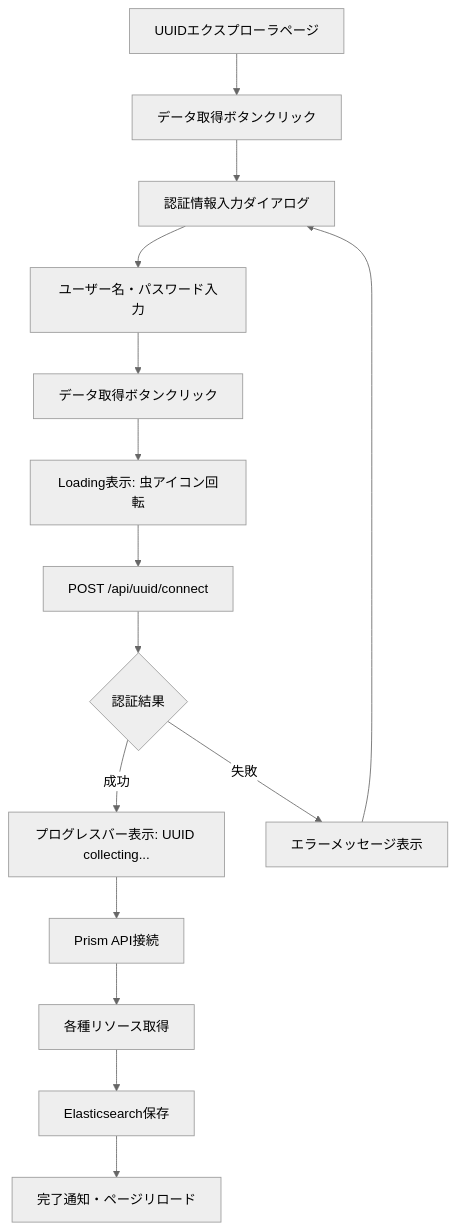
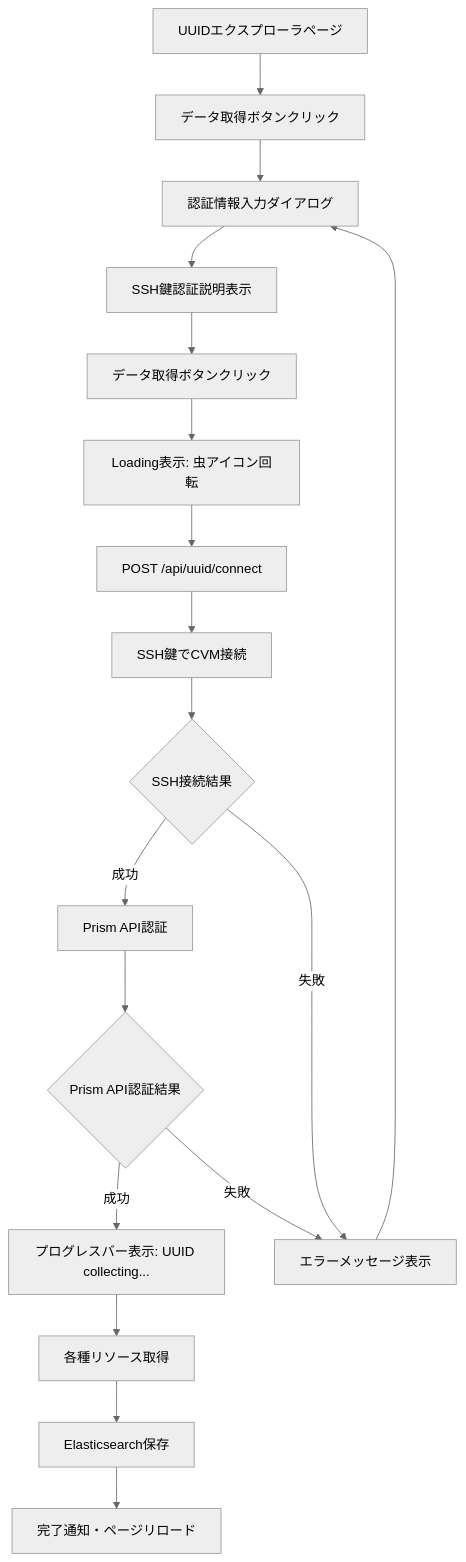
The first of 2 diagrams in ongoing/UUID_EXPLORER_SPECIFICATION.md (konchangakita/blog-loghoi), drawn with Mermaid (neutral theme) before and after one commit. The commit also changed other lines of this file and 9 other files, not shown here.

````diff
--- a/ongoing/UUID_EXPLORER_SPECIFICATION.md
+++ b/ongoing/UUID_EXPLORER_SPECIFICATION.md
@@ -82,17 +96,20 @@
 ```mermaid
 graph TD
     A[UUIDエクスプローラページ] --> B[データ取得ボタンクリック]
     B --> C[認証情報入力ダイアログ]
-    C --> D[ユーザー名・パスワード入力]
+    C --> D[SSH鍵認証説明表示]
     D --> E[データ取得ボタンクリック]
     E --> F[Loading表示: 虫アイコン回転]
     F --> G[POST /api/uuid/connect]
-    G --> H{認証結果}
-    H -->|成功| I[プログレスバー表示: UUID collecting...]
-    H -->|失敗| J[エラーメッセージ表示]
-    I --> K[Prism API接続]
-    K --> L[各種リソース取得]
-    L --> M[Elasticsearch保存]
-    M --> N[完了通知・ページリロード]
-    J --> C
+    G --> H[SSH鍵でCVM接続]
+    H --> I{SSH接続結果}
+    I -->|成功| J[Prism API認証]
+    I -->|失敗| K[エラーメッセージ表示]
+    J --> L{Prism API認証結果}
+    L -->|成功| M[プログレスバー表示: UUID collecting...]
+    L -->|失敗| K
+    M --> N[各種リソース取得]
+    N --> O[Elasticsearch保存]
+    O --> P[完了通知・ページリロード]
+    K --> C
 ```
````
